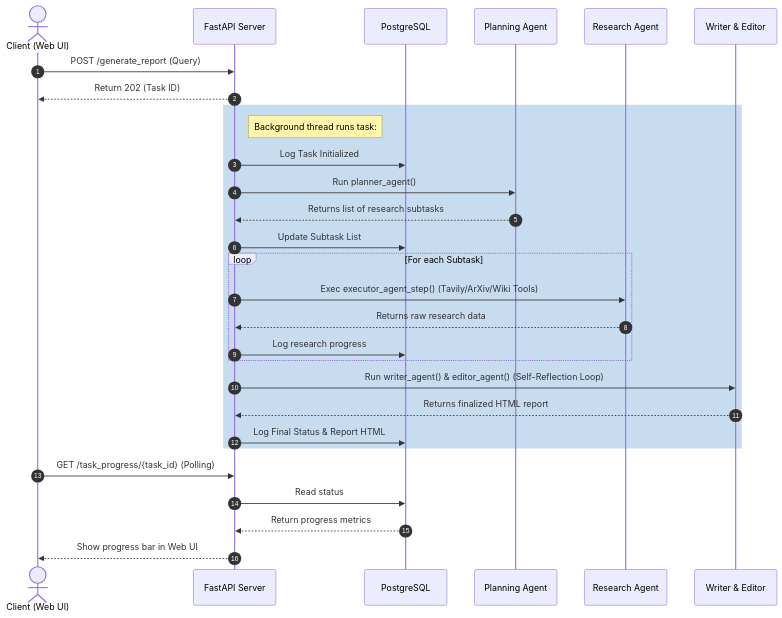
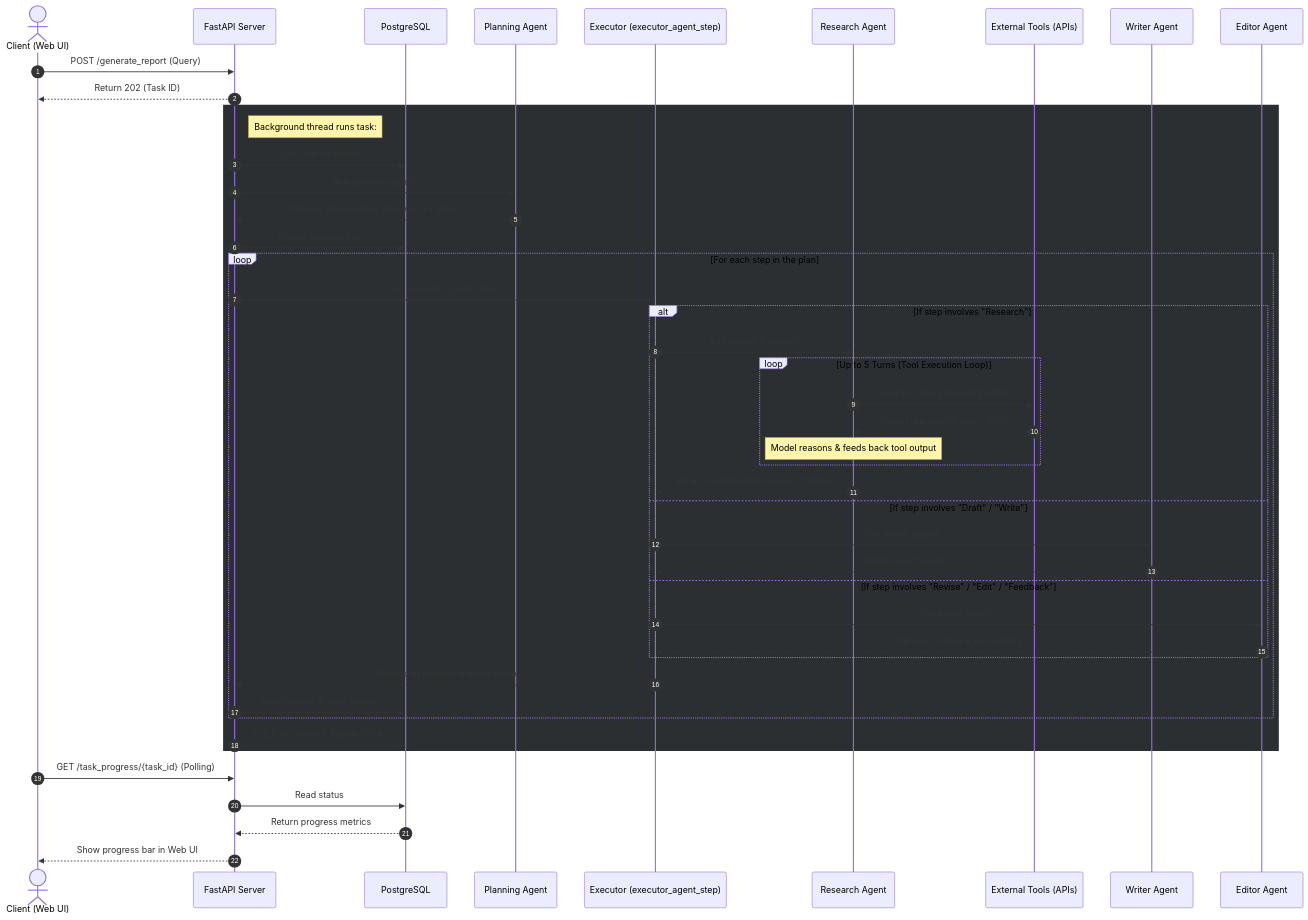
Before and after one commit to Farizakb/Agentic_AI: the second of 2 diagrams in README.md, drawn with Mermaid. The commit also changed other lines of this file, not shown here.

Commit message:
docs: correct sequence diagram roles and tool execution loop

````diff
--- a/README.md
+++ b/README.md
@@ -98,36 +98,51 @@
 ```mermaid
 sequenceDiagram
     autonumber
     actor User as Client (Web UI)
     participant API as FastAPI Server
     participant DB as PostgreSQL
     participant Plan as Planning Agent
+    participant Exec as Executor (executor_agent_step)
     participant Research as Research Agent
-    participant Write as Writer & Editor
+    participant Tools as External Tools (APIs)
+    participant Writer as Writer Agent
+    participant Editor as Editor Agent
 
     User->>API: POST /generate_report (Query)
     API-->>User: Return 202 (Task ID)
     
-    rect rgb(200, 220, 240)
+    rect rgb(44, 47, 49)
         note right of API: Background thread runs task:
         API->>DB: Log Task Initialized
         API->>Plan: Run planner_agent()
-        Plan-->>API: Returns list of research subtasks
+        Plan-->>API: Returns step-by-step plan (up to 7 steps)
         API->>DB: Update Subtask List
         
-        loop For each Subtask
-            API->>Research: Exec executor_agent_step() (Tavily/ArXiv/Wiki Tools)
-            Research-->>API: Returns raw research data
-            API->>DB: Log research progress
+        loop For each step in the plan
+            API->>Exec: Run executor_agent_step()
+            alt If step involves "Research"
+                Exec->>Research: Run research_agent()
+                loop Up to 5 Turns (Tool Execution Loop)
+                    Research->>Tools: Call search tool (Tavily/ArXiv/Wiki)
+                    Tools-->>Research: Return raw search data / JSON
+                    Note over Research: Model reasons & feeds back tool output
+                end
+                Research-->>Exec: Returns synthesized research findings
+            else If step involves "Draft" / "Write"
+                Exec->>Writer: Run writer_agent()
+                Writer-->>Exec: Returns draft report
+            else If step involves "Revise" / "Edit" / "Feedback"
+                Exec->>Editor: Run editor_agent()
+                Editor-->>Exec: Returns critique & corrections
+            end
+            Exec-->>API: Returns step output & agent name
+            API->>DB: Log progress & state update
         end
-        
-        API->>Write: Run writer_agent() & editor_agent() (Self-Reflection Loop)
-        Write-->>API: Returns finalized HTML report
         API->>DB: Log Final Status & Report HTML
     end
     
     User->>API: GET /task_progress/{task_id} (Polling)
     API->>DB: Read status
     DB-->>API: Return progress metrics
     API-->>User: Show progress bar in Web UI
 ```
````
